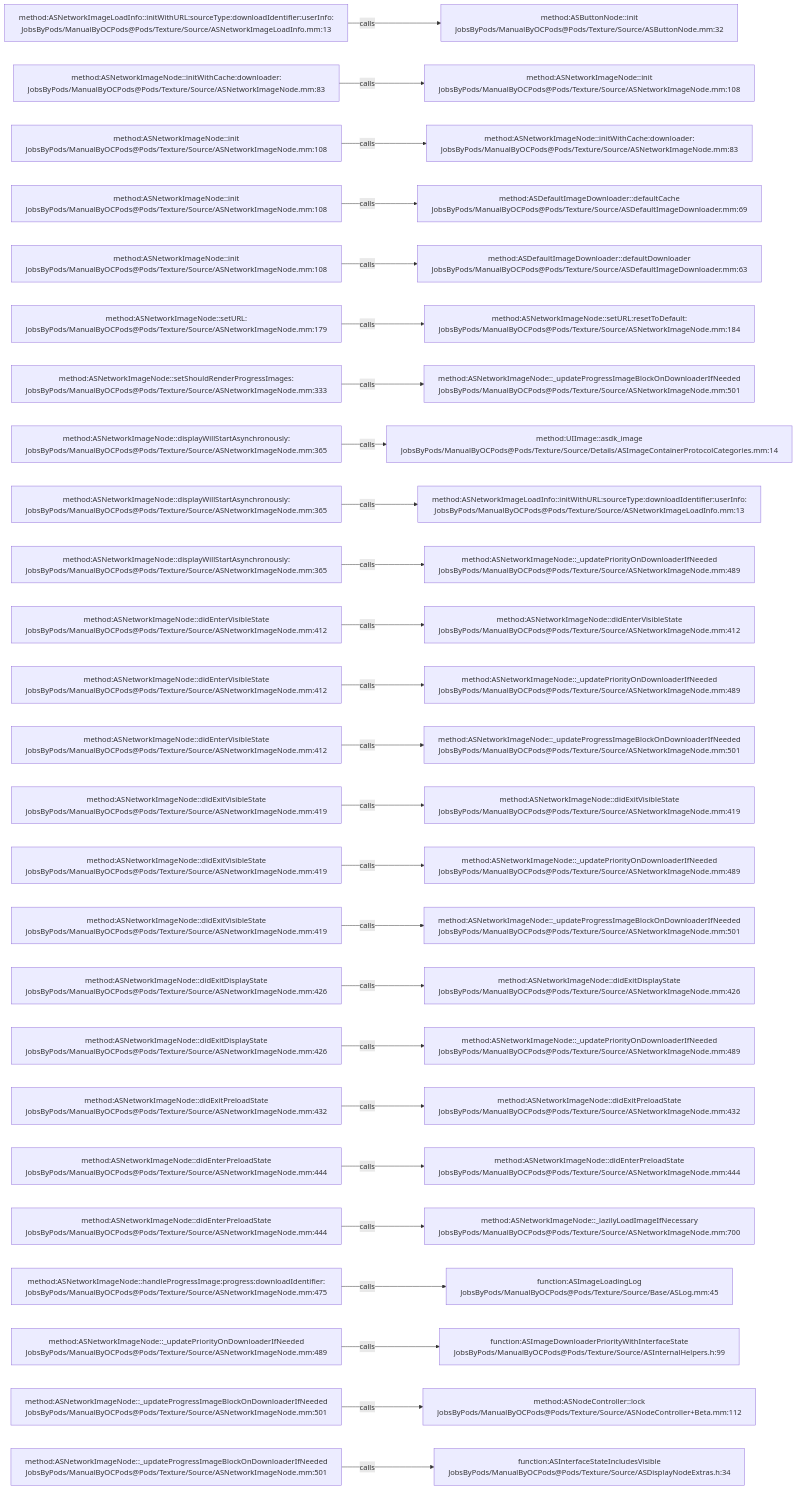
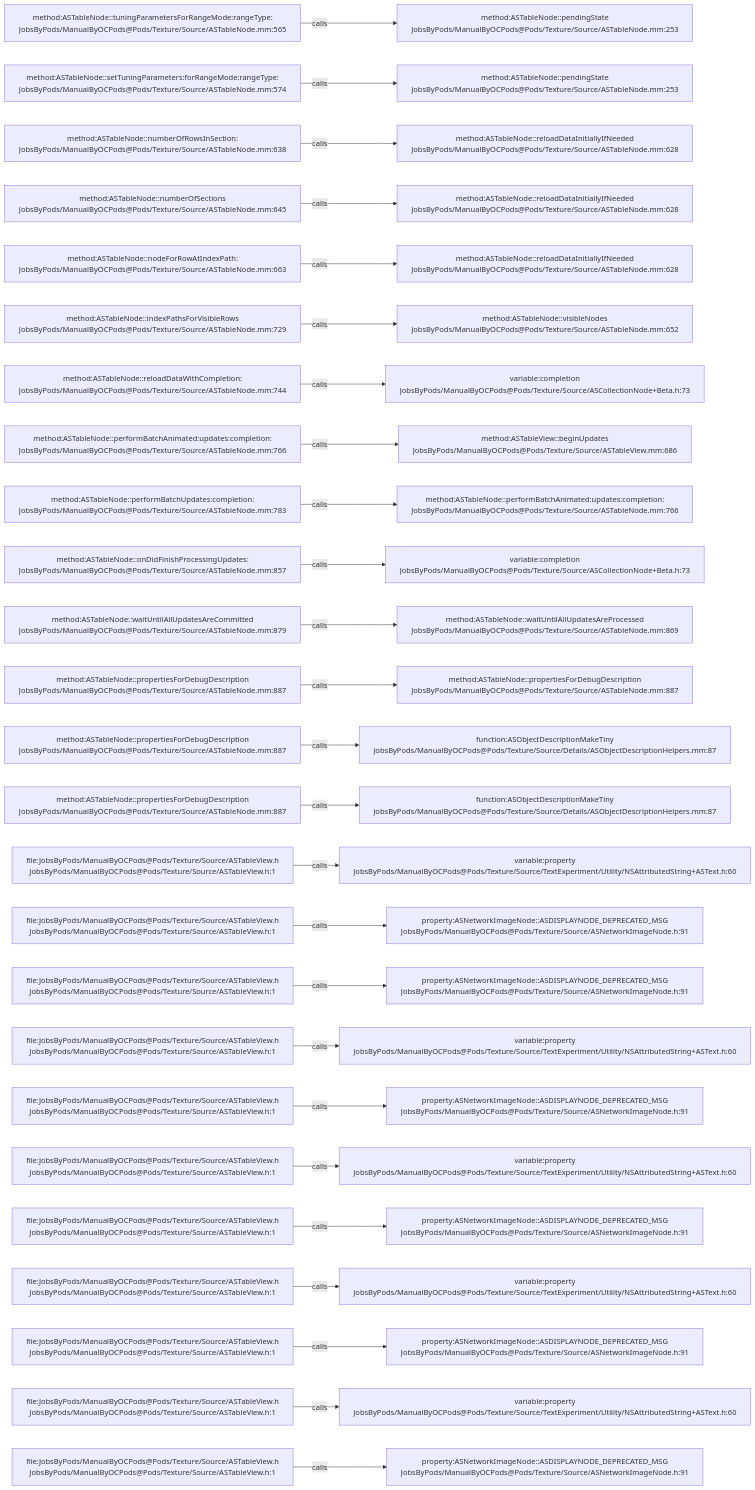
One commit to JobsKits/JobsOCBaseConfigDemo changed the diagram in .codegraph/codegraph.md/graphs/calls-109.md. Above: the diagram before and after it, drawn with Mermaid. The commit also changed 2723 other files, not shown here.

````diff
--- a/.codegraph/codegraph.md/graphs/calls-109.md
+++ b/.codegraph/codegraph.md/graphs/calls-109.md
@@ -13,78 +13,78 @@
 ```mermaid
 flowchart LR
-  S1["method:ASNetworkImageLoadInfo::initWithURL:sourceType:downloadIdentifier:userInfo:<br/>JobsByPods/ManualByOCPods@Pods/Texture/Source/ASNetworkImageLoadInfo.mm:13"]
-  T1["method:ASButtonNode::init<br/>JobsByPods/ManualByOCPods@Pods/Texture/Source/ASButtonNode.mm:32"]
+  S1["method:ASTableNode::tuningParametersForRangeMode:rangeType:<br/>JobsByPods/ManualByOCPods@Pods/Texture/Source/ASTableNode.mm:565"]
+  T1["method:ASTableNode::pendingState<br/>JobsByPods/ManualByOCPods@Pods/Texture/Source/ASTableNode.mm:253"]
   S1 -->|calls| T1
-  S2["method:ASNetworkImageNode::initWithCache:downloader:<br/>JobsByPods/ManualByOCPods@Pods/Texture/Source/ASNetworkImageNode.mm:83"]
-  T2["method:ASNetworkImageNode::init<br/>JobsByPods/ManualByOCPods@Pods/Texture/Source/ASNetworkImageNode.mm:108"]
+  S2["method:ASTableNode::setTuningParameters:forRangeMode:rangeType:<br/>JobsByPods/ManualByOCPods@Pods/Texture/Source/ASTableNode.mm:574"]
+  T2["method:ASTableNode::pendingState<br/>JobsByPods/ManualByOCPods@Pods/Texture/Source/ASTableNode.mm:253"]
   S2 -->|calls| T2
-  S3["method:ASNetworkImageNode::init<br/>JobsByPods/ManualByOCPods@Pods/Texture/Source/ASNetworkImageNode.mm:108"]
-  T3["method:ASNetworkImageNode::initWithCache:downloader:<br/>JobsByPods/ManualByOCPods@Pods/Texture/Source/ASNetworkImageNode.mm:83"]
+  S3["method:ASTableNode::numberOfRowsInSection:<br/>JobsByPods/ManualByOCPods@Pods/Texture/Source/ASTableNode.mm:638"]
+  T3["method:ASTableNode::reloadDataInitiallyIfNeeded<br/>JobsByPods/ManualByOCPods@Pods/Texture/Source/ASTableNode.mm:628"]
   S3 -->|calls| T3
-  S4["method:ASNetworkImageNode::init<br/>JobsByPods/ManualByOCPods@Pods/Texture/Source/ASNetworkImageNode.mm:108"]
-  T4["method:ASDefaultImageDownloader::defaultCache<br/>JobsByPods/ManualByOCPods@Pods/Texture/Source/ASDefaultImageDownloader.mm:69"]
+  S4["method:ASTableNode::numberOfSections<br/>JobsByPods/ManualByOCPods@Pods/Texture/Source/ASTableNode.mm:645"]
+  T4["method:ASTableNode::reloadDataInitiallyIfNeeded<br/>JobsByPods/ManualByOCPods@Pods/Texture/Source/ASTableNode.mm:628"]
   S4 -->|calls| T4
-  S5["method:ASNetworkImageNode::init<br/>JobsByPods/ManualByOCPods@Pods/Texture/Source/ASNetworkImageNode.mm:108"]
-  T5["method:ASDefaultImageDownloader::defaultDownloader<br/>JobsByPods/ManualByOCPods@Pods/Texture/Source/ASDefaultImageDownloader.mm:63"]
+  S5["method:ASTableNode::nodeForRowAtIndexPath:<br/>JobsByPods/ManualByOCPods@Pods/Texture/Source/ASTableNode.mm:663"]
+  T5["method:ASTableNode::reloadDataInitiallyIfNeeded<br/>JobsByPods/ManualByOCPods@Pods/Texture/Source/ASTableNode.mm:628"]
   S5 -->|calls| T5
-  S6["method:ASNetworkImageNode::setURL:<br/>JobsByPods/ManualByOCPods@Pods/Texture/Source/ASNetworkImageNode.mm:179"]
-  T6["method:ASNetworkImageNode::setURL:resetToDefault:<br/>JobsByPods/ManualByOCPods@Pods/Texture/Source/ASNetworkImageNode.mm:184"]
+  S6["method:ASTableNode::indexPathsForVisibleRows<br/>JobsByPods/ManualByOCPods@Pods/Texture/Source/ASTableNode.mm:729"]
+  T6["method:ASTableNode::visibleNodes<br/>JobsByPods/ManualByOCPods@Pods/Texture/Source/ASTableNode.mm:652"]
   S6 -->|calls| T6
-  S7["method:ASNetworkImageNode::setShouldRenderProgressImages:<br/>JobsByPods/ManualByOCPods@Pods/Texture/Source/ASNetworkImageNode.mm:333"]
-  T7["method:ASNetworkImageNode::_updateProgressImageBlockOnDownloaderIfNeeded<br/>JobsByPods/ManualByOCPods@Pods/Texture/Source/ASNetworkImageNode.mm:501"]
+  S7["method:ASTableNode::reloadDataWithCompletion:<br/>JobsByPods/ManualByOCPods@Pods/Texture/Source/ASTableNode.mm:744"]
+  T7["variable:completion<br/>JobsByPods/ManualByOCPods@Pods/Texture/Source/ASCollectionNode+Beta.h:73"]
   S7 -->|calls| T7
-  S8["method:ASNetworkImageNode::displayWillStartAsynchronously:<br/>JobsByPods/ManualByOCPods@Pods/Texture/Source/ASNetworkImageNode.mm:365"]
-  T8["method:UIImage::asdk_image<br/>JobsByPods/ManualByOCPods@Pods/Texture/Source/Details/ASImageContainerProtocolCategories.mm:14"]
+  S8["method:ASTableNode::performBatchAnimated:updates:completion:<br/>JobsByPods/ManualByOCPods@Pods/Texture/Source/ASTableNode.mm:766"]
+  T8["method:ASTableView::beginUpdates<br/>JobsByPods/ManualByOCPods@Pods/Texture/Source/ASTableView.mm:686"]
   S8 -->|calls| T8
-  S9["method:ASNetworkImageNode::displayWillStartAsynchronously:<br/>JobsByPods/ManualByOCPods@Pods/Texture/Source/ASNetworkImageNode.mm:365"]
-  T9["method:ASNetworkImageLoadInfo::initWithURL:sourceType:downloadIdentifier:userInfo:<br/>JobsByPods/ManualByOCPods@Pods/Texture/Source/ASNetworkImageLoadInfo.mm:13"]
+  S9["method:ASTableNode::performBatchUpdates:completion:<br/>JobsByPods/ManualByOCPods@Pods/Texture/Source/ASTableNode.mm:783"]
+  T9["method:ASTableNode::performBatchAnimated:updates:completion:<br/>JobsByPods/ManualByOCPods@Pods/Texture/Source/ASTableNode.mm:766"]
   S9 -->|calls| T9
-  S10["method:ASNetworkImageNode::displayWillStartAsynchronously:<br/>JobsByPods/ManualByOCPods@Pods/Texture/Source/ASNetworkImageNode.mm:365"]
-  T10["method:ASNetworkImageNode::_updatePriorityOnDownloaderIfNeeded<br/>JobsByPods/ManualByOCPods@Pods/Texture/Source/ASNetworkImageNode.mm:489"]
+  S10["method:ASTableNode::onDidFinishProcessingUpdates:<br/>JobsByPods/ManualByOCPods@Pods/Texture/Source/ASTableNode.mm:857"]
+  T10["variable:completion<br/>JobsByPods/ManualByOCPods@Pods/Texture/Source/ASCollectionNode+Beta.h:73"]
   S10 -->|calls| T10
-  S11["method:ASNetworkImageNode::didEnterVisibleState<br/>JobsByPods/ManualByOCPods@Pods/Texture/Source/ASNetworkImageNode.mm:412"]
-  T11["method:ASNetworkImageNode::didEnterVisibleState<br/>JobsByPods/ManualByOCPods@Pods/Texture/Source/ASNetworkImageNode.mm:412"]
+  S11["method:ASTableNode::waitUntilAllUpdatesAreCommitted<br/>JobsByPods/ManualByOCPods@Pods/Texture/Source/ASTableNode.mm:879"]
+  T11["method:ASTableNode::waitUntilAllUpdatesAreProcessed<br/>JobsByPods/ManualByOCPods@Pods/Texture/Source/ASTableNode.mm:869"]
   S11 -->|calls| T11
-  S12["method:ASNetworkImageNode::didEnterVisibleState<br/>JobsByPods/ManualByOCPods@Pods/Texture/Source/ASNetworkImageNode.mm:412"]
-  T12["method:ASNetworkImageNode::_updatePriorityOnDownloaderIfNeeded<br/>JobsByPods/ManualByOCPods@Pods/Texture/Source/ASNetworkImageNode.mm:489"]
+  S12["method:ASTableNode::propertiesForDebugDescription<br/>JobsByPods/ManualByOCPods@Pods/Texture/Source/ASTableNode.mm:887"]
+  T12["method:ASTableNode::propertiesForDebugDescription<br/>JobsByPods/ManualByOCPods@Pods/Texture/Source/ASTableNode.mm:887"]
   S12 -->|calls| T12
-  S13["method:ASNetworkImageNode::didEnterVisibleState<br/>JobsByPods/ManualByOCPods@Pods/Texture/Source/ASNetworkImageNode.mm:412"]
-  T13["method:ASNetworkImageNode::_updateProgressImageBlockOnDownloaderIfNeeded<br/>JobsByPods/ManualByOCPods@Pods/Texture/Source/ASNetworkImageNode.mm:501"]
+  S13["method:ASTableNode::propertiesForDebugDescription<br/>JobsByPods/ManualByOCPods@Pods/Texture/Source/ASTableNode.mm:887"]
+  T13["function:ASObjectDescriptionMakeTiny<br/>JobsByPods/ManualByOCPods@Pods/Texture/Source/Details/ASObjectDescriptionHelpers.mm:87"]
   S13 -->|calls| T13
-  S14["method:ASNetworkImageNode::didExitVisibleState<br/>JobsByPods/ManualByOCPods@Pods/Texture/Source/ASNetworkImageNode.mm:419"]
-  T14["method:ASNetworkImageNode::didExitVisibleState<br/>JobsByPods/ManualByOCPods@Pods/Texture/Source/ASNetworkImageNode.mm:419"]
+  S14["method:ASTableNode::propertiesForDebugDescription<br/>JobsByPods/ManualByOCPods@Pods/Texture/Source/ASTableNode.mm:887"]
+  T14["function:ASObjectDescriptionMakeTiny<br/>JobsByPods/ManualByOCPods@Pods/Texture/Source/Details/ASObjectDescriptionHelpers.mm:87"]
   S14 -->|calls| T14
-  S15["method:ASNetworkImageNode::didExitVisibleState<br/>JobsByPods/ManualByOCPods@Pods/Texture/Source/ASNetworkImageNode.mm:419"]
-  T15["method:ASNetworkImageNode::_updatePriorityOnDownloaderIfNeeded<br/>JobsByPods/ManualByOCPods@Pods/Texture/Source/ASNetworkImageNode.mm:489"]
+  S15["file:JobsByPods/ManualByOCPods@Pods/Texture/Source/ASTableView.h<br/>JobsByPods/ManualByOCPods@Pods/Texture/Source/ASTableView.h:1"]
+  T15["variable:property<br/>JobsByPods/ManualByOCPods@Pods/Texture/Source/TextExperiment/Utility/NSAttributedString+ASText.h:60"]
   S15 -->|calls| T15
-  S16["method:ASNetworkImageNode::didExitVisibleState<br/>JobsByPods/ManualByOCPods@Pods/Texture/Source/ASNetworkImageNode.mm:419"]
-  T16["method:ASNetworkImageNode::_updateProgressImageBlockOnDownloaderIfNeeded<br/>JobsByPods/ManualByOCPods@Pods/Texture/Source/ASNetworkImageNode.mm:501"]
+  S16["file:JobsByPods/ManualByOCPods@Pods/Texture/Source/ASTableView.h<br/>JobsByPods/ManualByOCPods@Pods/Texture/Source/ASTableView.h:1"]
+  T16["property:ASNetworkImageNode::ASDISPLAYNODE_DEPRECATED_MSG<br/>JobsByPods/ManualByOCPods@Pods/Texture/Source/ASNetworkImageNode.h:91"]
   S16 -->|calls| T16
-  S17["method:ASNetworkImageNode::didExitDisplayState<br/>JobsByPods/ManualByOCPods@Pods/Texture/Source/ASNetworkImageNode.mm:426"]
-  T17["method:ASNetworkImageNode::didExitDisplayState<br/>JobsByPods/ManualByOCPods@Pods/Texture/Source/ASNetworkImageNode.mm:426"]
+  S17["file:JobsByPods/ManualByOCPods@Pods/Texture/Source/ASTableView.h<br/>JobsByPods/ManualByOCPods@Pods/Texture/Source/ASTableView.h:1"]
+  T17["property:ASNetworkImageNode::ASDISPLAYNODE_DEPRECATED_MSG<br/>JobsByPods/ManualByOCPods@Pods/Texture/Source/ASNetworkImageNode.h:91"]
   S17 -->|calls| T17
-  S18["method:ASNetworkImageNode::didExitDisplayState<br/>JobsByPods/ManualByOCPods@Pods/Texture/Source/ASNetworkImageNode.mm:426"]
-  T18["method:ASNetworkImageNode::_updatePriorityOnDownloaderIfNeeded<br/>JobsByPods/ManualByOCPods@Pods/Texture/Source/ASNetworkImageNode.mm:489"]
+  S18["file:JobsByPods/ManualByOCPods@Pods/Texture/Source/ASTableView.h<br/>JobsByPods/ManualByOCPods@Pods/Texture/Source/ASTableView.h:1"]
+  T18["variable:property<br/>JobsByPods/ManualByOCPods@Pods/Texture/Source/TextExperiment/Utility/NSAttributedString+ASText.h:60"]
   S18 -->|calls| T18
-  S19["method:ASNetworkImageNode::didExitPreloadState<br/>JobsByPods/ManualByOCPods@Pods/Texture/Source/ASNetworkImageNode.mm:432"]
-  T19["method:ASNetworkImageNode::didExitPreloadState<br/>JobsByPods/ManualByOCPods@Pods/Texture/Source/ASNetworkImageNode.mm:432"]
+  S19["file:JobsByPods/ManualByOCPods@Pods/Texture/Source/ASTableView.h<br/>JobsByPods/ManualByOCPods@Pods/Texture/Source/ASTableView.h:1"]
+  T19["property:ASNetworkImageNode::ASDISPLAYNODE_DEPRECATED_MSG<br/>JobsByPods/ManualByOCPods@Pods/Texture/Source/ASNetworkImageNode.h:91"]
   S19 -->|calls| T19
-  S20["method:ASNetworkImageNode::didEnterPreloadState<br/>JobsByPods/ManualByOCPods@Pods/Texture/Source/ASNetworkImageNode.mm:444"]
-  T20["method:ASNetworkImageNode::didEnterPreloadState<br/>JobsByPods/ManualByOCPods@Pods/Texture/Source/ASNetworkImageNode.mm:444"]
+  S20["file:JobsByPods/ManualByOCPods@Pods/Texture/Source/ASTableView.h<br/>JobsByPods/ManualByOCPods@Pods/Texture/Source/ASTableView.h:1"]
+  T20["variable:property<br/>JobsByPods/ManualByOCPods@Pods/Texture/Source/TextExperiment/Utility/NSAttributedString+ASText.h:60"]
   S20 -->|calls| T20
-  S21["method:ASNetworkImageNode::didEnterPreloadState<br/>JobsByPods/ManualByOCPods@Pods/Texture/Source/ASNetworkImageNode.mm:444"]
-  T21["method:ASNetworkImageNode::_lazilyLoadImageIfNecessary<br/>JobsByPods/ManualByOCPods@Pods/Texture/Source/ASNetworkImageNode.mm:700"]
+  S21["file:JobsByPods/ManualByOCPods@Pods/Texture/Source/ASTableView.h<br/>JobsByPods/ManualByOCPods@Pods/Texture/Source/ASTableView.h:1"]
+  T21["property:ASNetworkImageNode::ASDISPLAYNODE_DEPRECATED_MSG<br/>JobsByPods/ManualByOCPods@Pods/Texture/Source/ASNetworkImageNode.h:91"]
   S21 -->|calls| T21
-  S22["method:ASNetworkImageNode::handleProgressImage:progress:downloadIdentifier:<br/>JobsByPods/ManualByOCPods@Pods/Texture/Source/ASNetworkImageNode.mm:475"]
-  T22["function:ASImageLoadingLog<br/>JobsByPods/ManualByOCPods@Pods/Texture/Source/Base/ASLog.mm:45"]
+  S22["file:JobsByPods/ManualByOCPods@Pods/Texture/Source/ASTableView.h<br/>JobsByPods/ManualByOCPods@Pods/Texture/Source/ASTableView.h:1"]
+  T22["variable:property<br/>JobsByPods/ManualByOCPods@Pods/Texture/Source/TextExperiment/Utility/NSAttributedString+ASText.h:60"]
   S22 -->|calls| T22
-  S23["method:ASNetworkImageNode::_updatePriorityOnDownloaderIfNeeded<br/>JobsByPods/ManualByOCPods@Pods/Texture/Source/ASNetworkImageNode.mm:489"]
-  T23["function:ASImageDownloaderPriorityWithInterfaceState<br/>JobsByPods/ManualByOCPods@Pods/Texture/Source/ASInternalHelpers.h:99"]
+  S23["file:JobsByPods/ManualByOCPods@Pods/Texture/Source/ASTableView.h<br/>JobsByPods/ManualByOCPods@Pods/Texture/Source/ASTableView.h:1"]
+  T23["property:ASNetworkImageNode::ASDISPLAYNODE_DEPRECATED_MSG<br/>JobsByPods/ManualByOCPods@Pods/Texture/Source/ASNetworkImageNode.h:91"]
   S23 -->|calls| T23
-  S24["method:ASNetworkImageNode::_updateProgressImageBlockOnDownloaderIfNeeded<br/>JobsByPods/ManualByOCPods@Pods/Texture/Source/ASNetworkImageNode.mm:501"]
-  T24["method:ASNodeController::lock<br/>JobsByPods/ManualByOCPods@Pods/Texture/Source/ASNodeController+Beta.mm:112"]
+  S24["file:JobsByPods/ManualByOCPods@Pods/Texture/Source/ASTableView.h<br/>JobsByPods/ManualByOCPods@Pods/Texture/Source/ASTableView.h:1"]
+  T24["variable:property<br/>JobsByPods/ManualByOCPods@Pods/Texture/Source/TextExperiment/Utility/NSAttributedString+ASText.h:60"]
   S24 -->|calls| T24
-  S25["method:ASNetworkImageNode::_updateProgressImageBlockOnDownloaderIfNeeded<br/>JobsByPods/ManualByOCPods@Pods/Texture/Source/ASNetworkImageNode.mm:501"]
-  T25["function:ASInterfaceStateIncludesVisible<br/>JobsByPods/ManualByOCPods@Pods/Texture/Source/ASDisplayNodeExtras.h:34"]
+  S25["file:JobsByPods/ManualByOCPods@Pods/Texture/Source/ASTableView.h<br/>JobsByPods/ManualByOCPods@Pods/Texture/Source/ASTableView.h:1"]
+  T25["property:ASNetworkImageNode::ASDISPLAYNODE_DEPRECATED_MSG<br/>JobsByPods/ManualByOCPods@Pods/Texture/Source/ASNetworkImageNode.h:91"]
   S25 -->|calls| T25
 ```
````
